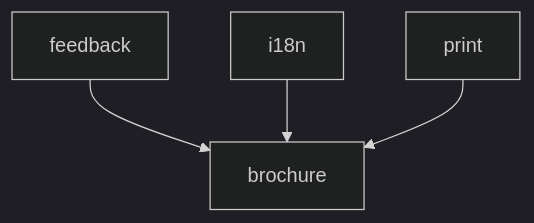
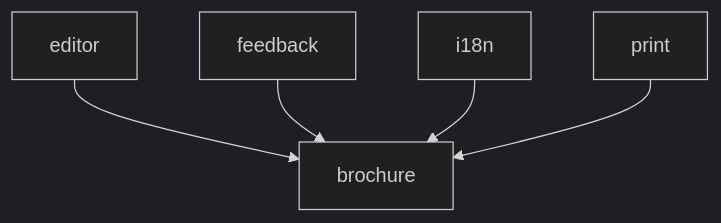
The diagram in docs/compact/MAP.md (rajeshsnoida-oss/naviyasriarangetrambrochure), drawn with Mermaid (dark theme) before and after one commit. The commit also changed other lines of this file and 6 other files, not shown here.

First line of the commit message:
arch: add editor module (FR-14--FR-20); D-007--D-010; relax brochure section-order invariant; regen MAP.md

````diff
--- a/docs/compact/MAP.md
+++ b/docs/compact/MAP.md
@@ -16,10 +17,12 @@
 ```mermaid
 flowchart TD
   m_brochure[brochure]
+  m_editor[editor]
   m_feedback[feedback]
   m_i18n[i18n]
   m_print[print]
+  m_editor --> m_brochure
   m_feedback --> m_brochure
   m_i18n --> m_brochure
   m_print --> m_brochure
 ```
````
